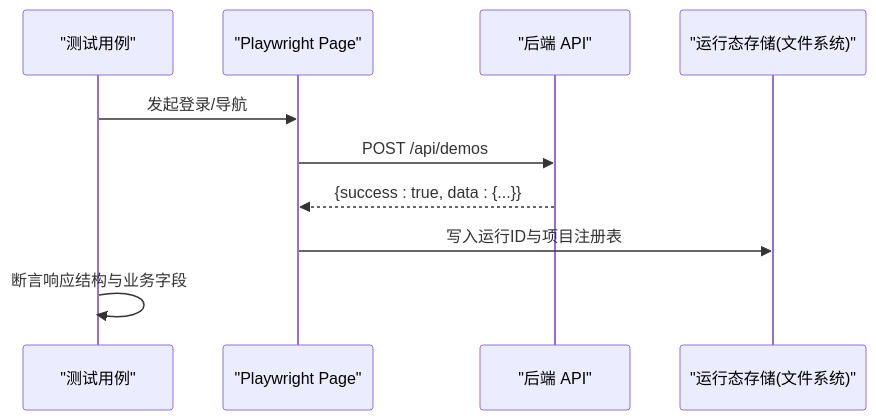
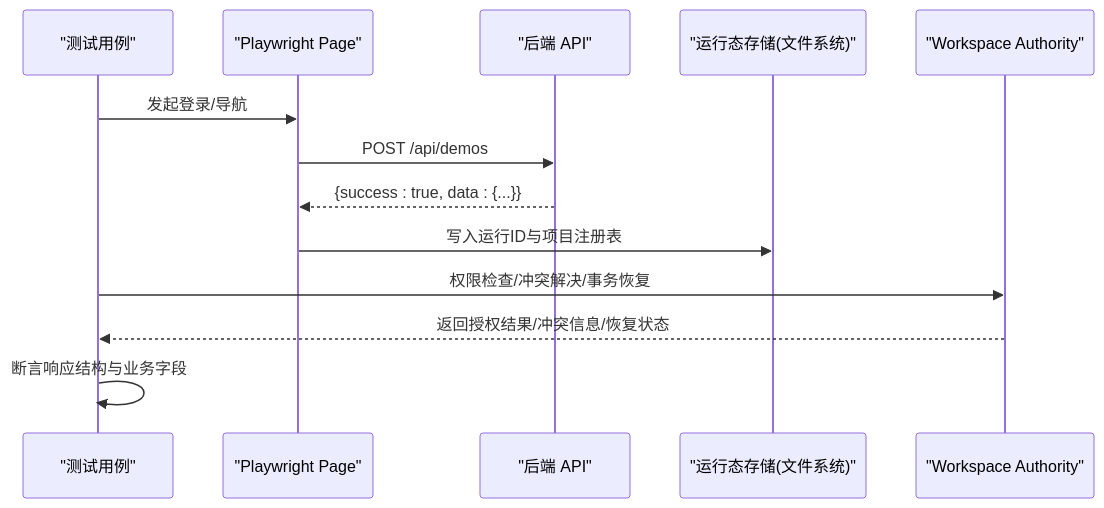
One commit to qihaogithub/workbench changed the fourth of 7 diagrams in .qoder/repowiki/zh/content/测试策略/测试策略.md. Above: the diagram before and after it, drawn with Mermaid. The commit also changed other lines of this file and 448 other files, not shown here.

````diff
--- a/.qoder/repowiki/zh/content/测试策略/测试策略.md
+++ b/.qoder/repowiki/zh/content/测试策略/测试策略.md
@@ -201,12 +251,15 @@
 ```mermaid
 sequenceDiagram
 participant Test as "测试用例"
 participant PW as "Playwright Page"
 participant API as "后端 API"
 participant Store as "运行态存储(文件系统)"
+participant Auth as "Workspace Authority"
 Test->>PW : 发起登录/导航
 PW->>API : POST /api/demos
 API-->>PW : {success : true, data : {...}}
 PW->>Store : 写入运行ID与项目注册表
+Test->>Auth : 权限检查/冲突解决/事务恢复
+Auth-->>Test : 返回授权结果/冲突信息/恢复状态
 Test->>Test : 断言响应结构与业务字段
 ```
````
